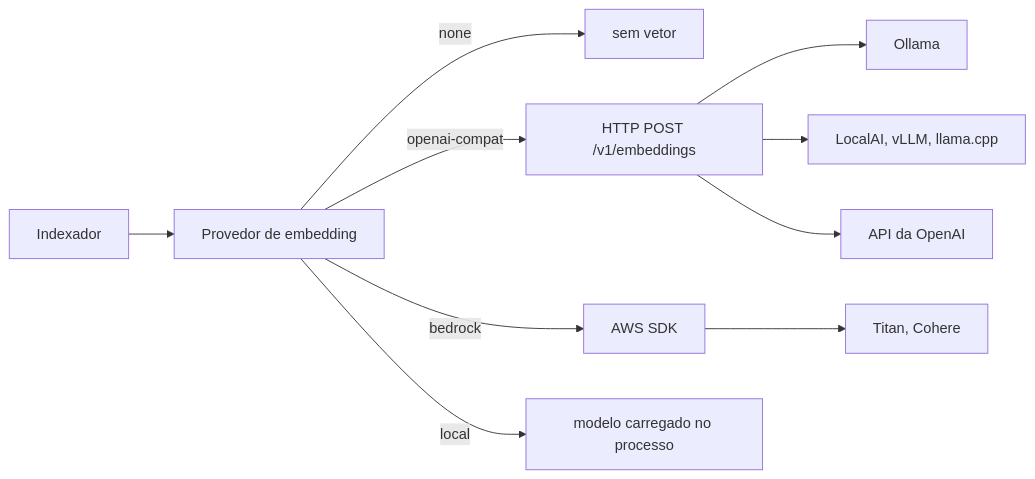
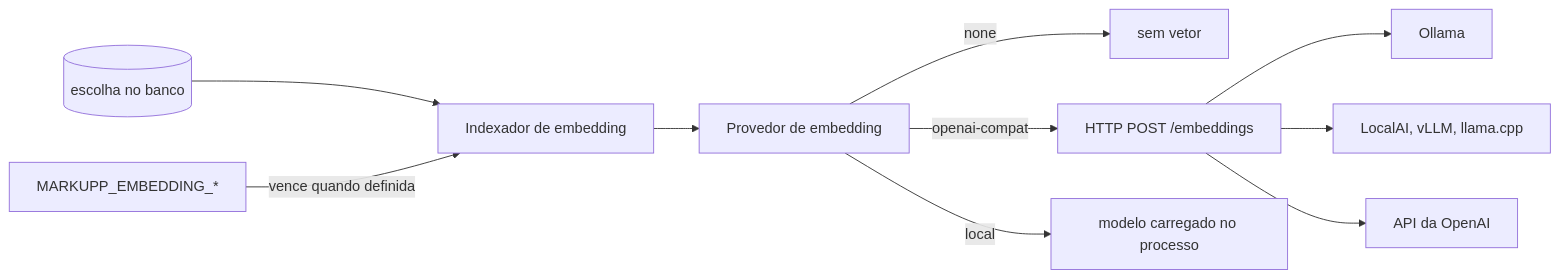
Before and after one commit to markupp-labs/markupp: the diagram in docs/embedding.md, drawn with Mermaid. The commit also changed other lines of this file and 1 other file, not shown here.

Commit message:
docs: escolha do provedor de embedding pelo administrador da instância

````diff
--- a/docs/embedding.md
+++ b/docs/embedding.md
@@ -17,12 +28,12 @@
 ```mermaid
 flowchart LR
-    I[Indexador] --> P[Provedor de embedding]
+    B[(escolha no banco)] --> I[Indexador de embedding]
+    V[MARKUPP_EMBEDDING_*] -->|vence quando definida| I
+    I --> P[Provedor de embedding]
     P -->|none| D[sem vetor]
-    P -->|openai-compat| H["HTTP POST /v1/embeddings"]
-    P -->|bedrock| S[AWS SDK]
+    P -->|openai-compat| H["HTTP POST /embeddings"]
     P -->|local| M[modelo carregado no processo]
     H --> O[Ollama]
     H --> L[LocalAI, vLLM, llama.cpp]
     H --> A[API da OpenAI]
-    S --> T[Titan, Cohere]
 ```
````
